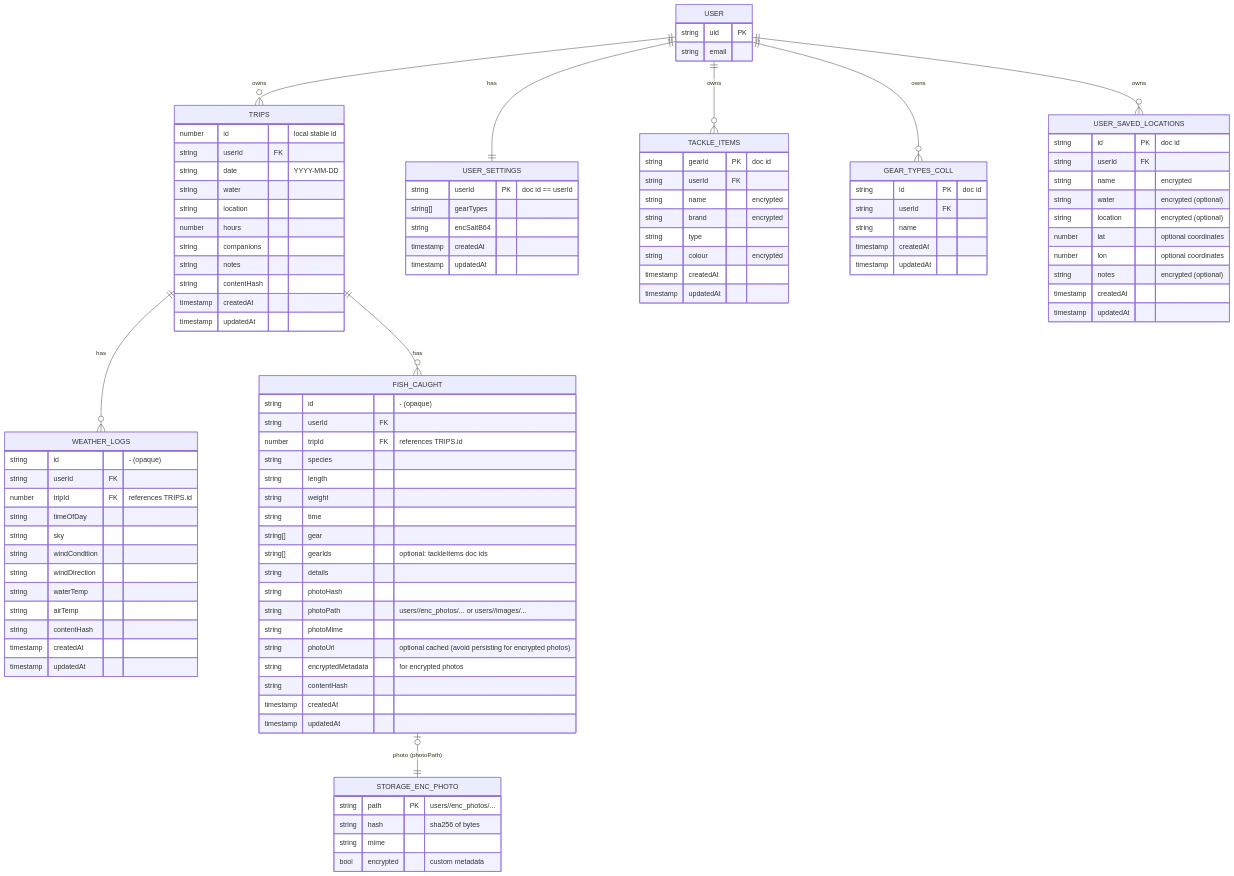
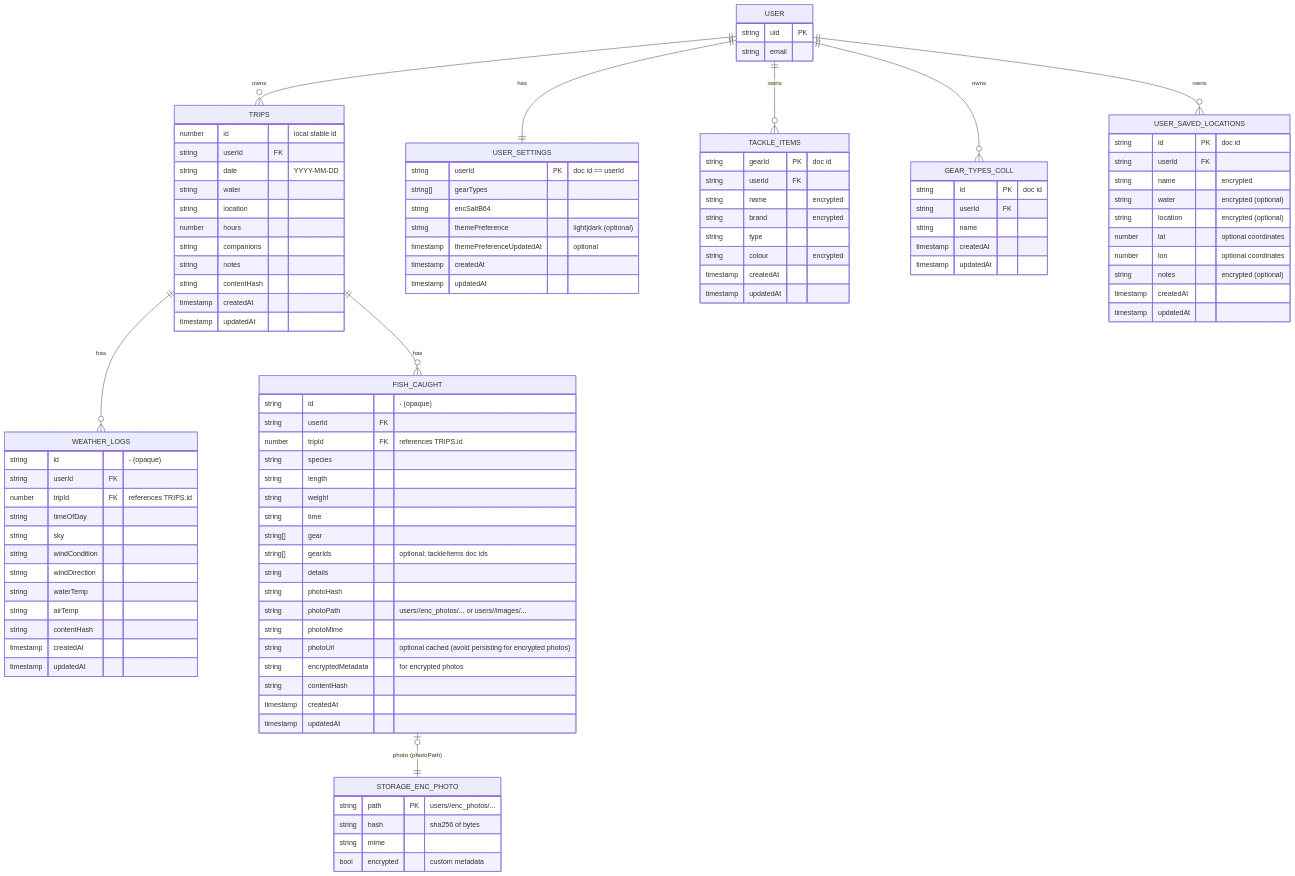
One commit to kerry-davis/maori-fishing-calendar-react changed the first of 4 diagrams in docs/architecture/DATA_MODEL.md. Above: the diagram before and after it, drawn with Mermaid. The commit also changed other lines of this file and 5 other files, not shown here.

Commit message:
Persist theme preference per user

```diff
--- a/docs/architecture/DATA_MODEL.md
+++ b/docs/architecture/DATA_MODEL.md
@@ -37,6 +37,8 @@
     string userId PK  "doc id == userId"
     string[] gearTypes
     string encSaltB64
+    string themePreference "light|dark (optional)"
+    timestamp themePreferenceUpdatedAt "optional"
     timestamp createdAt
     timestamp updatedAt
   }
```
